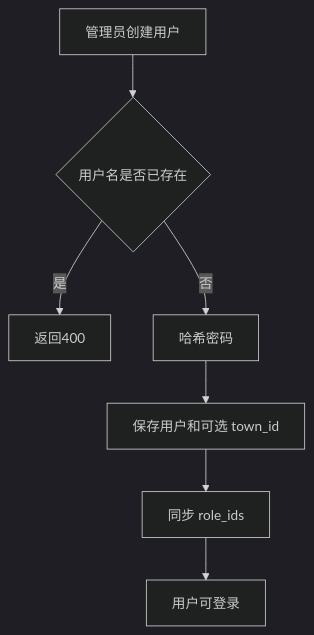
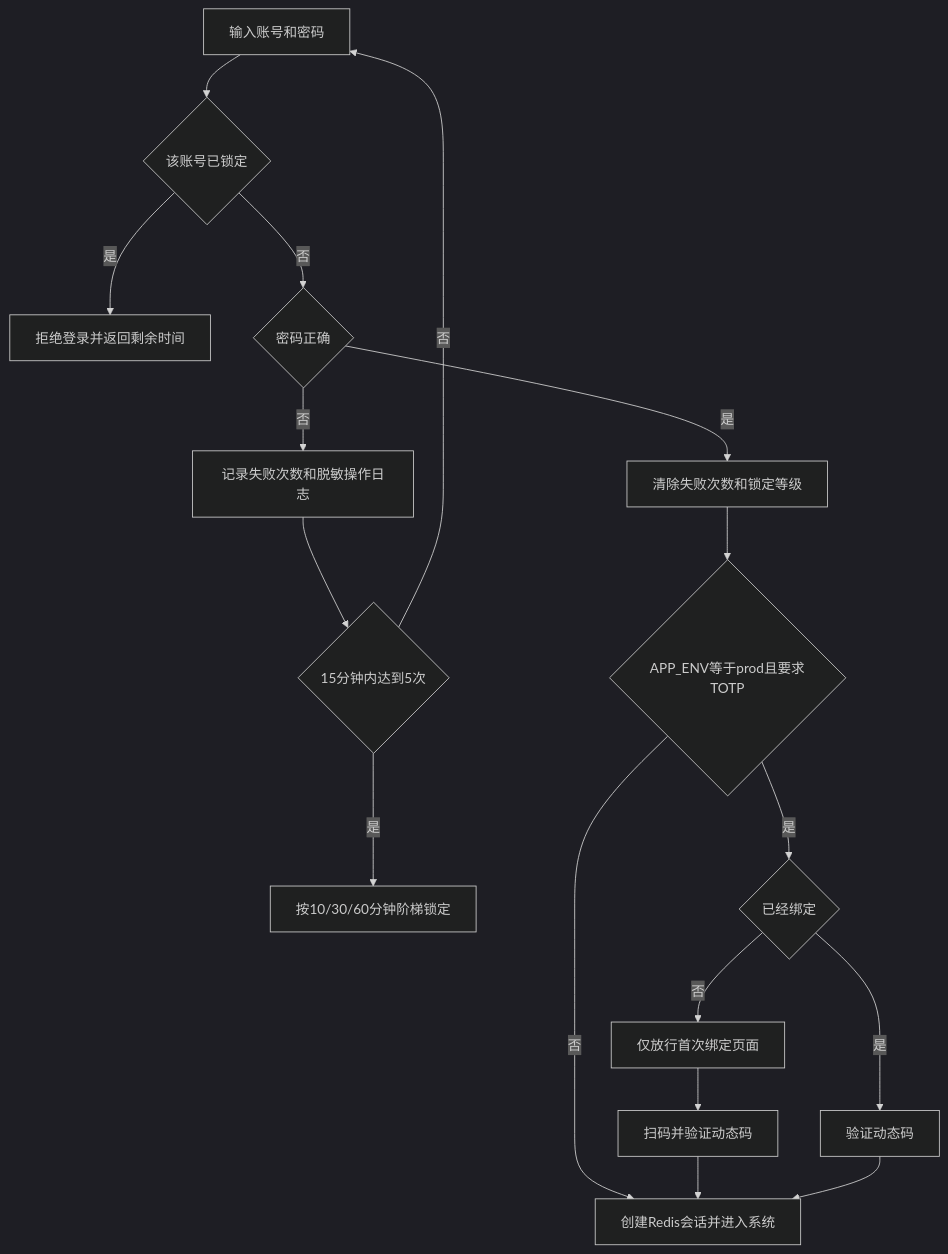
Before and after one commit to kongzhiao/tools-hyperf: the first of 4 diagrams in docs/系统用户管理/业务流程图解.md, drawn with Mermaid (dark theme). The commit also changed other lines of this file and 106 other files, not shown here.

````diff
--- a/docs/系统用户管理/业务流程图解.md
+++ b/docs/系统用户管理/业务流程图解.md
@@ -5,9 +5,19 @@
 ```mermaid
 flowchart TD
-    A["管理员创建用户"] --> B{"用户名是否已存在"}
-    B -- "是" --> C["返回400"]
-    B -- "否" --> D["哈希密码"]
-    D --> E["保存用户和可选 town_id"]
-    E --> F["同步 role_ids"]
-    F --> G["用户可登录"]
+    A["输入账号和密码"] --> B{"该账号已锁定"}
+    B -- "是" --> C["拒绝登录并返回剩余时间"]
+    B -- "否" --> D{"密码正确"}
+    D -- "否" --> E["记录失败次数和脱敏操作日志"]
+    E --> F{"15分钟内达到5次"}
+    F -- "是" --> G["按10/30/60分钟阶梯锁定"]
+    F -- "否" --> A
+    D -- "是" --> H["清除失败次数和锁定等级"]
+    H --> I{"APP_ENV等于prod且要求TOTP"}
+    I -- "否" --> J["创建Redis会话并进入系统"]
+    I -- "是" --> K{"已经绑定"}
+    K -- "否" --> L["仅放行首次绑定页面"]
+    L --> M["扫码并验证动态码"]
+    M --> J
+    K -- "是" --> N["验证动态码"]
+    N --> J
 ```
````
